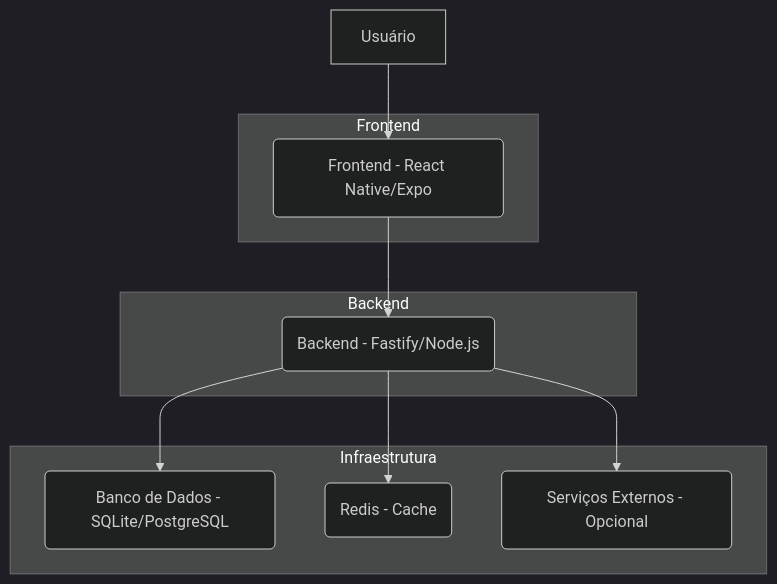
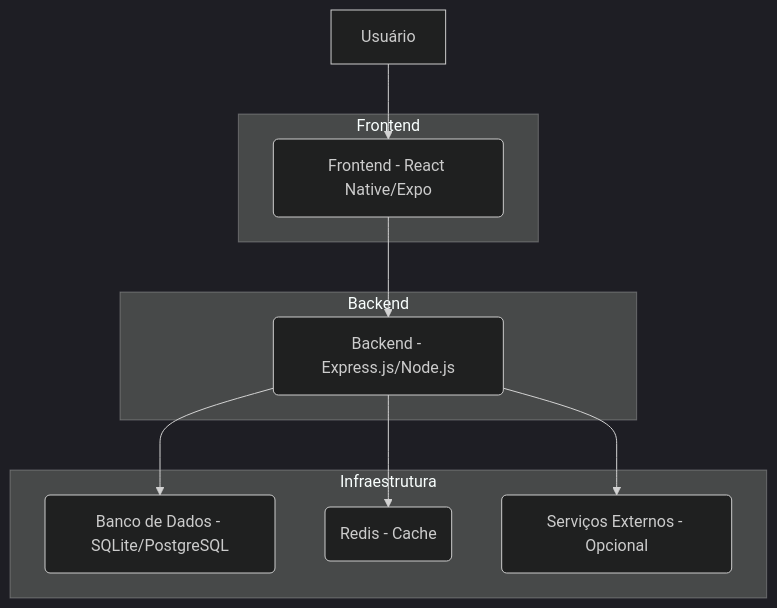
One commit to fwagnersilva/GiroPro changed the first of 2 diagrams in docs/03_explicacoes/01ArquiteturaGeral.md. Above: the diagram before and after it, drawn with Mermaid (dark theme). The commit also changed other lines of this file and 6 other files, not shown here.

````diff
--- a/docs/03_explicacoes/01ArquiteturaGeral.md
+++ b/docs/03_explicacoes/01ArquiteturaGeral.md
@@ -9,22 +9,22 @@
 ```mermaid
 graph TD
     A[Usuário] --> B(Frontend - React Native/Expo)
-    B --> C(Backend - Fastify/Node.js)
+    B --> C(Backend - Express.js/Node.js)
     C --> D(Banco de Dados - SQLite/PostgreSQL)
     C --> E(Redis - Cache)
     C --> F(Serviços Externos - Opcional)
 
     subgraph Frontend
         B
     end
 
     subgraph Backend
         C
     end
 
     subgraph Infraestrutura
         D
         E
         F
     end
 ```
````
